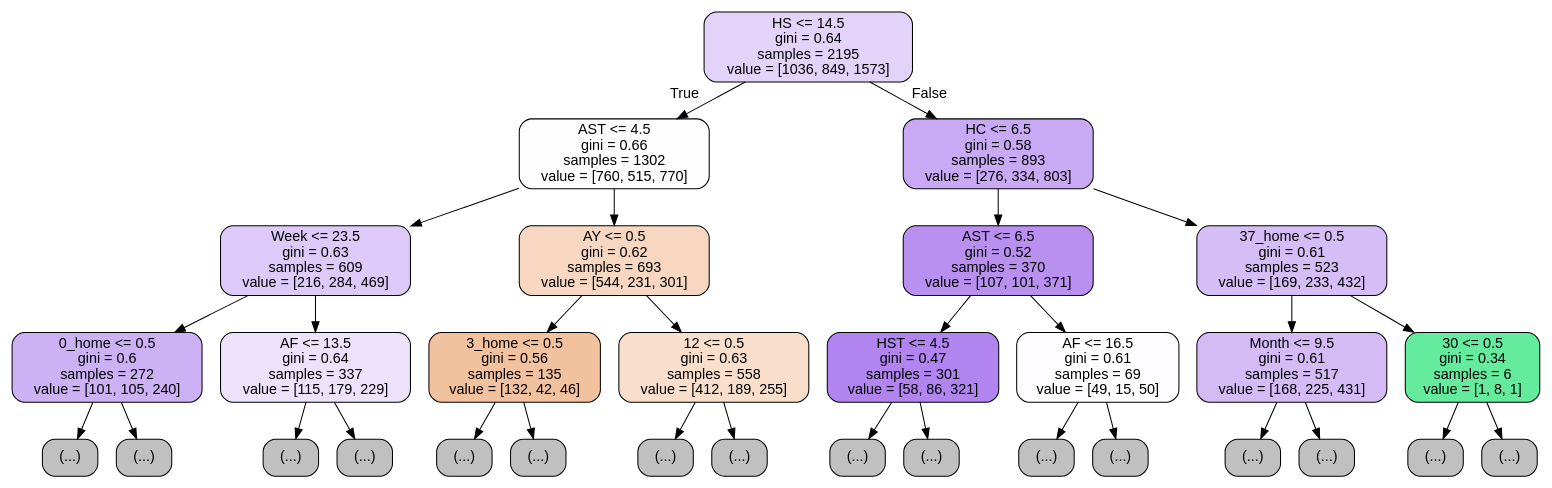
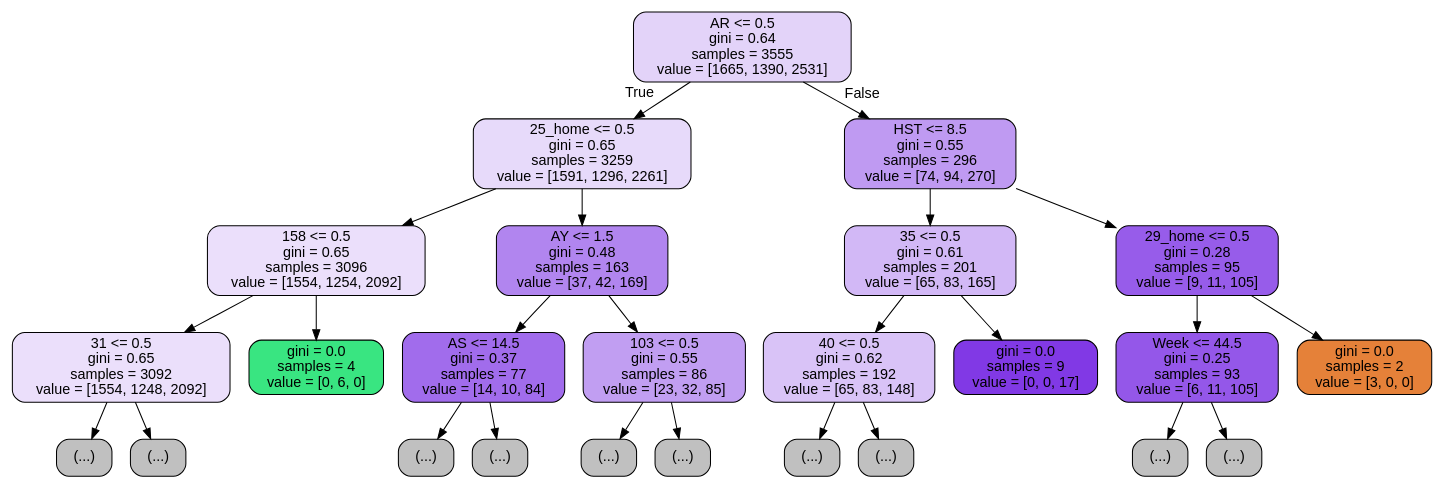
Before and after one commit to yolannel/BeatTheBookies: the diagram in featuresetTree.dot, drawn with Graphviz. The commit also changed 9 other files, not shown here.

```diff
--- a/featuresetTree.dot
+++ b/featuresetTree.dot
@@ -1,65 +1,53 @@
 digraph Tree {
 node [shape=box, style="filled, rounded", color="black", fontname=helvetica] ;
 edge [fontname=helvetica] ;
-0 [label="HS <= 14.5\ngini = 0.64\nsamples = 2195\nvalue = [1036, 849, 1573]", fillcolor="#e3d3f9"] ;
-1 [label="AST <= 4.5\ngini = 0.66\nsamples = 1302\nvalue = [760, 515, 770]", fillcolor="#fefdff"] ;
+0 [label="AR <= 0.5\ngini = 0.64\nsamples = 3555\nvalue = [1665, 1390, 2531]", fillcolor="#e3d3f9"] ;
+1 [label="25_home <= 0.5\ngini = 0.65\nsamples = 3259\nvalue = [1591, 1296, 2261]", fillcolor="#e7dafa"] ;
 0 -> 1 [labeldistance=2.5, labelangle=45, headlabel="True"] ;
-2 [label="Week <= 23.5\ngini = 0.63\nsamples = 609\nvalue = [216, 284, 469]", fillcolor="#ddcaf8"] ;
+2 [label="158 <= 0.5\ngini = 0.65\nsamples = 3096\nvalue = [1554, 1254, 2092]", fillcolor="#ebdffb"] ;
 1 -> 2 ;
-3 [label="0_home <= 0.5\ngini = 0.6\nsamples = 272\nvalue = [101, 105, 240]", fillcolor="#cdb1f5"] ;
+3 [label="31 <= 0.5\ngini = 0.65\nsamples = 3092\nvalue = [1554, 1248, 2092]", fillcolor="#ebdffb"] ;
 2 -> 3 ;
 4 [label="(...)", fillcolor="#C0C0C0"] ;
 3 -> 4 ;
-287 [label="(...)", fillcolor="#C0C0C0"] ;
-3 -> 287 ;
-300 [label="AF <= 13.5\ngini = 0.64\nsamples = 337\nvalue = [115, 179, 229]", fillcolor="#ede2fb"] ;
-2 -> 300 ;
-301 [label="(...)", fillcolor="#C0C0C0"] ;
-300 -> 301 ;
-580 [label="(...)", fillcolor="#C0C0C0"] ;
-300 -> 580 ;
-675 [label="AY <= 0.5\ngini = 0.62\nsamples = 693\nvalue = [544, 231, 301]", fillcolor="#f7d7c1"] ;
-1 -> 675 ;
-676 [label="3_home <= 0.5\ngini = 0.56\nsamples = 135\nvalue = [132, 42, 46]", fillcolor="#f2c19d"] ;
-675 -> 676 ;
-677 [label="(...)", fillcolor="#C0C0C0"] ;
-676 -> 677 ;
-822 [label="(...)", fillcolor="#C0C0C0"] ;
-676 -> 822 ;
-823 [label="12 <= 0.5\ngini = 0.63\nsamples = 558\nvalue = [412, 189, 255]", fillcolor="#f8decb"] ;
-675 -> 823 ;
-824 [label="(...)", fillcolor="#C0C0C0"] ;
-823 -> 824 ;
-1415 [label="(...)", fillcolor="#C0C0C0"] ;
-823 -> 1415 ;
-1446 [label="HC <= 6.5\ngini = 0.58\nsamples = 893\nvalue = [276, 334, 803]", fillcolor="#c8a9f4"] ;
-0 -> 1446 [labeldistance=2.5, labelangle=-45, headlabel="False"] ;
-1447 [label="AST <= 6.5\ngini = 0.52\nsamples = 370\nvalue = [107, 101, 371]", fillcolor="#b990f0"] ;
-1446 -> 1447 ;
-1448 [label="HST <= 4.5\ngini = 0.47\nsamples = 301\nvalue = [58, 86, 321]", fillcolor="#b184ef"] ;
-1447 -> 1448 ;
-1449 [label="(...)", fillcolor="#C0C0C0"] ;
-1448 -> 1449 ;
-1514 [label="(...)", fillcolor="#C0C0C0"] ;
-1448 -> 1514 ;
-1703 [label="AF <= 16.5\ngini = 0.61\nsamples = 69\nvalue = [49, 15, 50]", fillcolor="#fdfcff"] ;
-1447 -> 1703 ;
-1704 [label="(...)", fillcolor="#C0C0C0"] ;
-1703 -> 1704 ;
-1767 [label="(...)", fillcolor="#C0C0C0"] ;
-1703 -> 1767 ;
-1774 [label="37_home <= 0.5\ngini = 0.61\nsamples = 523\nvalue = [169, 233, 432]", fillcolor="#d5bdf6"] ;
-1446 -> 1774 ;
-1775 [label="Month <= 9.5\ngini = 0.61\nsamples = 517\nvalue = [168, 225, 431]", fillcolor="#d4bbf6"] ;
-1774 -> 1775 ;
-1776 [label="(...)", fillcolor="#C0C0C0"] ;
-1775 -> 1776 ;
-2111 [label="(...)", fillcolor="#C0C0C0"] ;
-1775 -> 2111 ;
-2296 [label="30 <= 0.5\ngini = 0.34\nsamples = 6\nvalue = [1, 8, 1]", fillcolor="#65eb9d"] ;
-1774 -> 2296 ;
-2297 [label="(...)", fillcolor="#C0C0C0"] ;
-2296 -> 2297 ;
-2300 [label="(...)", fillcolor="#C0C0C0"] ;
-2296 -> 2300 ;
+3603 [label="(...)", fillcolor="#C0C0C0"] ;
+3 -> 3603 ;
+3634 [label="gini = 0.0\nsamples = 4\nvalue = [0, 6, 0]", fillcolor="#39e581"] ;
+2 -> 3634 ;
+3635 [label="AY <= 1.5\ngini = 0.48\nsamples = 163\nvalue = [37, 42, 169]", fillcolor="#b185ef"] ;
+1 -> 3635 ;
+3636 [label="AS <= 14.5\ngini = 0.37\nsamples = 77\nvalue = [14, 10, 84]", fillcolor="#a16cec"] ;
+3635 -> 3636 ;
+3637 [label="(...)", fillcolor="#C0C0C0"] ;
+3636 -> 3637 ;
+3686 [label="(...)", fillcolor="#C0C0C0"] ;
+3636 -> 3686 ;
+3695 [label="103 <= 0.5\ngini = 0.55\nsamples = 86\nvalue = [23, 32, 85]", fillcolor="#c19ef2"] ;
+3635 -> 3695 ;
+3696 [label="(...)", fillcolor="#C0C0C0"] ;
+3695 -> 3696 ;
+3811 [label="(...)", fillcolor="#C0C0C0"] ;
+3695 -> 3811 ;
+3812 [label="HST <= 8.5\ngini = 0.55\nsamples = 296\nvalue = [74, 94, 270]", fillcolor="#bf9af2"] ;
+0 -> 3812 [labeldistance=2.5, labelangle=-45, headlabel="False"] ;
+3813 [label="35 <= 0.5\ngini = 0.61\nsamples = 201\nvalue = [65, 83, 165]", fillcolor="#d2b8f6"] ;
+3812 -> 3813 ;
+3814 [label="40 <= 0.5\ngini = 0.62\nsamples = 192\nvalue = [65, 83, 148]", fillcolor="#d9c3f7"] ;
+3813 -> 3814 ;
+3815 [label="(...)", fillcolor="#C0C0C0"] ;
+3814 -> 3815 ;
+4034 [label="(...)", fillcolor="#C0C0C0"] ;
+3814 -> 4034 ;
+4041 [label="gini = 0.0\nsamples = 9\nvalue = [0, 0, 17]", fillcolor="#8139e5"] ;
+3813 -> 4041 ;
+4042 [label="29_home <= 0.5\ngini = 0.28\nsamples = 95\nvalue = [9, 11, 105]", fillcolor="#975cea"] ;
+3812 -> 4042 ;
+4043 [label="Week <= 44.5\ngini = 0.25\nsamples = 93\nvalue = [6, 11, 105]", fillcolor="#9457e9"] ;
+4042 -> 4043 ;
+4044 [label="(...)", fillcolor="#C0C0C0"] ;
+4043 -> 4044 ;
+4091 [label="(...)", fillcolor="#C0C0C0"] ;
+4043 -> 4091 ;
+4110 [label="gini = 0.0\nsamples = 2\nvalue = [3, 0, 0]", fillcolor="#e58139"] ;
+4042 -> 4110 ;
 }
```
